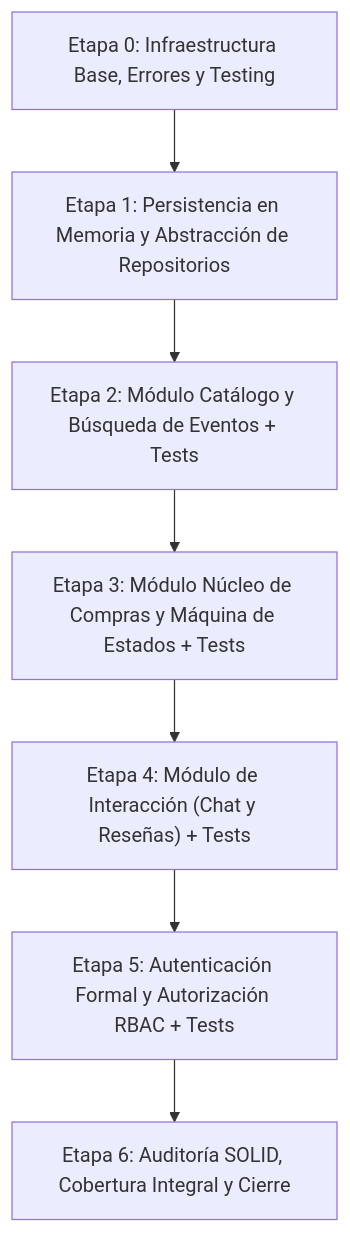
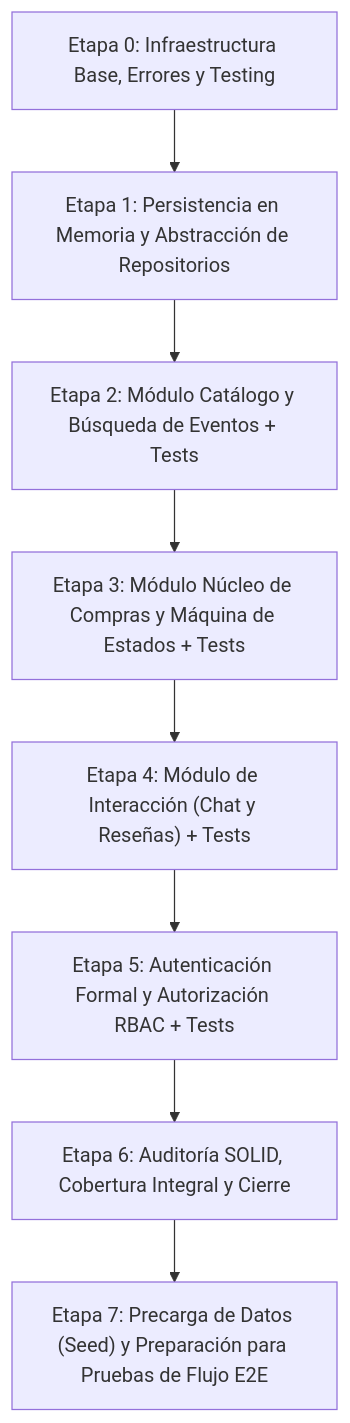
The diagram in docs/plan_implementacion.md (belennn24/tp_ai_ticket_it), drawn with Mermaid before and after one commit. The commit also changed other lines of this file and 6 other files, not shown here.

Commit message:
seed para tener datos iniciales

````diff
--- a/docs/plan_implementacion.md
+++ b/docs/plan_implementacion.md
@@ -40,9 +40,10 @@
 ```mermaid
 flowchart TD
     E0["Etapa 0: Infraestructura Base, Errores y Testing"] --> E1["Etapa 1: Persistencia en Memoria y Abstracción de Repositorios"]
     E1 --> E2["Etapa 2: Módulo Catálogo y Búsqueda de Eventos + Tests"]
     E2 --> E3["Etapa 3: Módulo Núcleo de Compras y Máquina de Estados + Tests"]
     E3 --> E4["Etapa 4: Módulo de Interacción (Chat y Reseñas) + Tests"]
     E4 --> E5["Etapa 5: Autenticación Formal y Autorización RBAC + Tests"]
     E5 --> E6["Etapa 6: Auditoría SOLID, Cobertura Integral y Cierre"]
+    E6 --> E7["Etapa 7: Precarga de Datos (Seed) y Preparación para Pruebas de Flujo E2E"]
 ```
````
